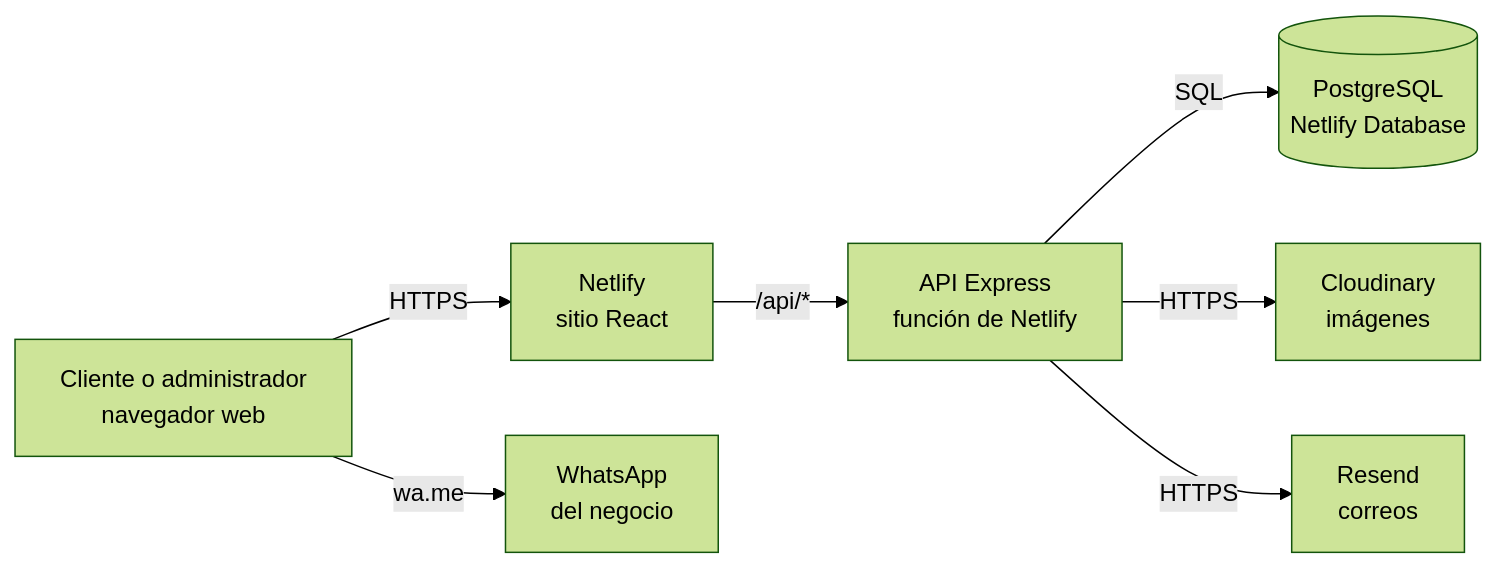
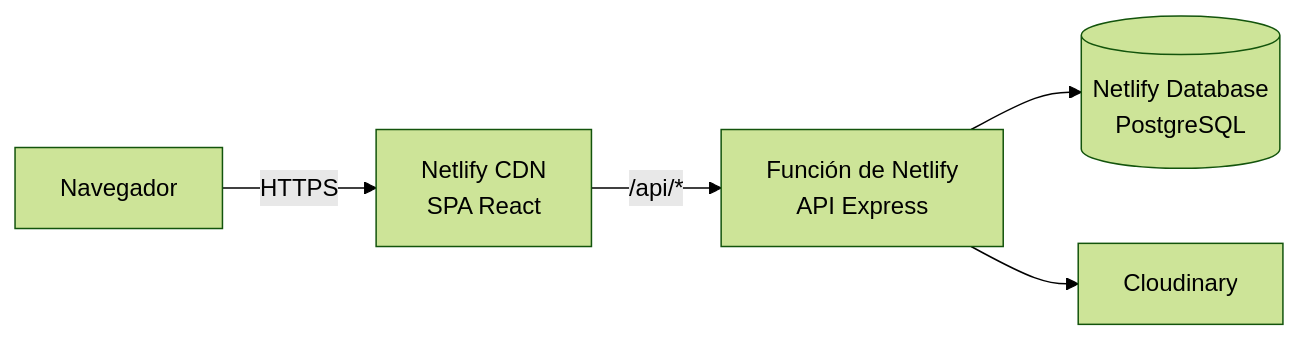
Before and after one commit to vanessa-osorio-dev/pisada_digitales_demo: the fifth of 6 diagrams in README.md, drawn with Mermaid (forest theme). The commit also changed other lines of this file, not shown here.

First line of the commit message:
Documentación de arquitectura y cuenta de administrador de demostración

````diff
--- a/README.md
+++ b/README.md
@@ -118,9 +349,7 @@
 ```mermaid
 flowchart LR
-    U[Cliente o administrador<br/>navegador web] -->|HTTPS| N[Netlify<br/>sitio React]
-    N -->|/api/*| F[API Express<br/>función de Netlify]
-    F -->|SQL| DB[(PostgreSQL<br/>Netlify Database)]
-    F -->|HTTPS| C[Cloudinary<br/>imágenes]
-    F -->|HTTPS| R[Resend<br/>correos]
-    U -->|wa.me| W[WhatsApp<br/>del negocio]
+    U["Navegador"] -->|HTTPS| N["Netlify CDN<br/>SPA React"]
+    N -->|"/api/*"| F["Función de Netlify<br/>API Express"]
+    F --> DB[("Netlify Database<br/>PostgreSQL")]
+    F --> CL["Cloudinary"]
 ```
````
